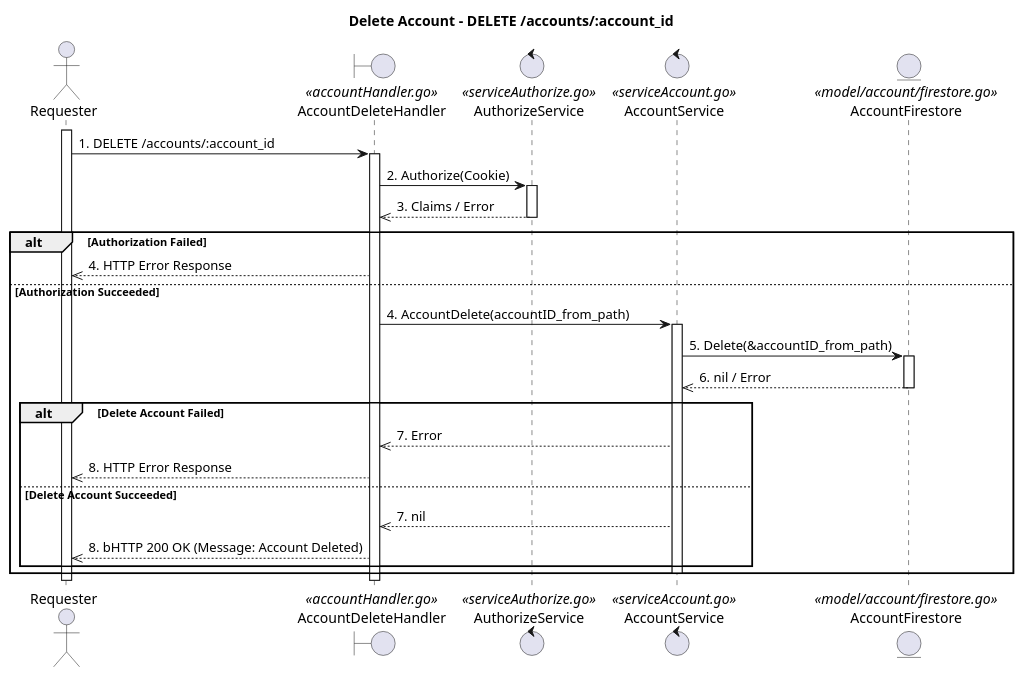
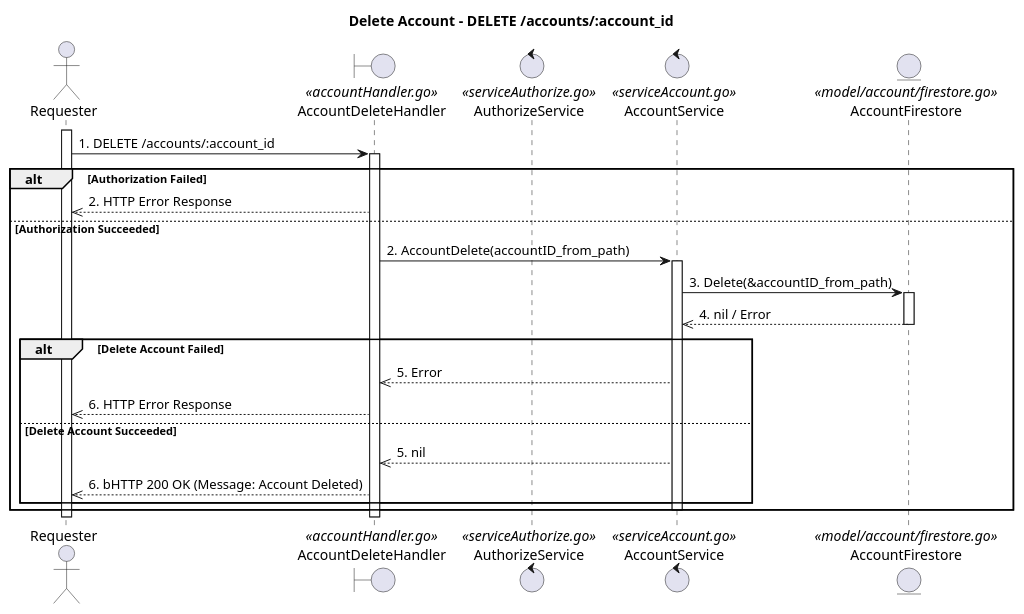
One commit to JulioKobayashiEbury/BankingAPI changed the diagram in docs/Delete/SequenciaDeleteAccount.puml. Above: the diagram before and after it, drawn with PlantUML. The commit also changed 44 other files, not shown here.

```diff
--- a/docs/Delete/SequenciaDeleteAccount.puml
+++ b/docs/Delete/SequenciaDeleteAccount.puml
@@ -1,44 +1,39 @@
 @startuml
 title Delete Account - DELETE /accounts/:account_id
 
 actor Requester
 boundary AccountDeleteHandler <<accountHandler.go>>
 control AuthorizeService <<serviceAuthorize.go>>
 control AccountService <<serviceAccount.go>>
 entity AccountFirestore <<model/account/firestore.go>>
 
 activate Requester
 
 Requester -> AccountDeleteHandler : 1. DELETE /accounts/:account_id
 
 activate AccountDeleteHandler
 
-AccountDeleteHandler -> AuthorizeService : 2. Authorize(Cookie)
-activate AuthorizeService
-AuthorizeService -->> AccountDeleteHandler : 3. Claims / Error
-deactivate AuthorizeService
-
 alt Authorization Failed
-    AccountDeleteHandler -->> Requester : 4. HTTP Error Response
+    AccountDeleteHandler -->> Requester : 2. HTTP Error Response
 else Authorization Succeeded
 
-    AccountDeleteHandler -> AccountService : 4. AccountDelete(accountID_from_path)
+    AccountDeleteHandler -> AccountService : 2. AccountDelete(accountID_from_path)
     activate AccountService
-    AccountService -> AccountFirestore : 5. Delete(&accountID_from_path)
+    AccountService -> AccountFirestore : 3. Delete(&accountID_from_path)
     activate AccountFirestore
-    AccountFirestore -->> AccountService : 6. nil / Error
+    AccountFirestore -->> AccountService : 4. nil / Error
     deactivate AccountFirestore
     
     alt Delete Account Failed
-        AccountService -->> AccountDeleteHandler : 7. Error
-        AccountDeleteHandler -->> Requester : 8. HTTP Error Response
+        AccountService -->> AccountDeleteHandler : 5. Error
+        AccountDeleteHandler -->> Requester : 6. HTTP Error Response
     else Delete Account Succeeded
-        AccountService -->> AccountDeleteHandler : 7. nil
-        AccountDeleteHandler -->> Requester : 8. bHTTP 200 OK (Message: Account Deleted)
+        AccountService -->> AccountDeleteHandler : 5. nil
+        AccountDeleteHandler -->> Requester : 6. bHTTP 200 OK (Message: Account Deleted)
     end
     deactivate AccountService
 end
 deactivate AccountDeleteHandler
 
 deactivate Requester
 @enduml
```
